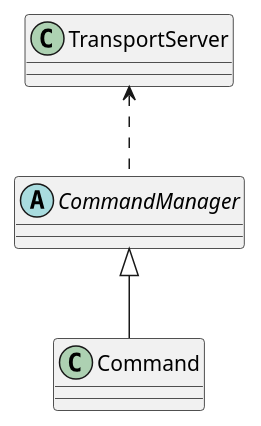
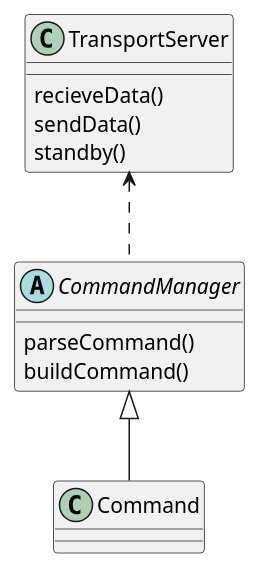
Before and after one commit to robz25/ie0417-dev: the second of 2 diagrams in docs/source/labs/lab1/lab1.rst, drawn with PlantUML. The commit also changed other lines of this file, not shown here.

```diff
--- a/docs/source/labs/lab1/lab1.rst
+++ b/docs/source/labs/lab1/lab1.rst
@@ -90,16 +112,20 @@
 .. uml::
   @startuml
   'definir clases
   class TransportServer
   abstract CommandManager
   class Command
 
   'Definir relacion entre clases
   'realización, CommandManager es interfaz para command
   CommandManager <|-- Command
   'Dependencia, TransportServer utiliza CommandManager
   TransportServer <.. CommandManager
 
   'Definir métodos y atributos
-  'Command:
+  CommandManager : parseCommand()
+  CommandManager : buildCommand()
+  TransportServer : recieveData()
+  TransportServer : sendData()
+  TransportServer : standby()
   @enduml
```
